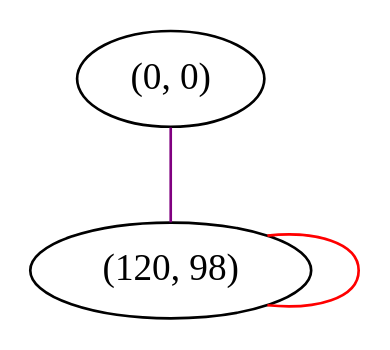
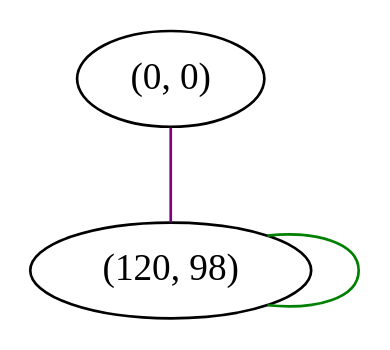
Before and after one commit to FelixMcFelix/sip-for-cv-paper: the diagram in graphviz/alegreya/O-up.gv, drawn with Graphviz. The commit also changed 41357 other files, not shown here.

First line of the commit message:
Dual graphs, new fonts, cross-font comparison

```diff
--- a/graphviz/alegreya/O-up.gv
+++ b/graphviz/alegreya/O-up.gv
@@ -1,6 +1,6 @@
 graph "" {
 "(0, 0)";
 "(120, 98)";
 "(0, 0)" -- "(120, 98)"  [color=purple, key=0, weight=4];
-"(120, 98)" -- "(120, 98)"  [color=red, key=0, weight=1];
+"(120, 98)" -- "(120, 98)"  [color=green, key=0, weight=2];
 }
```
